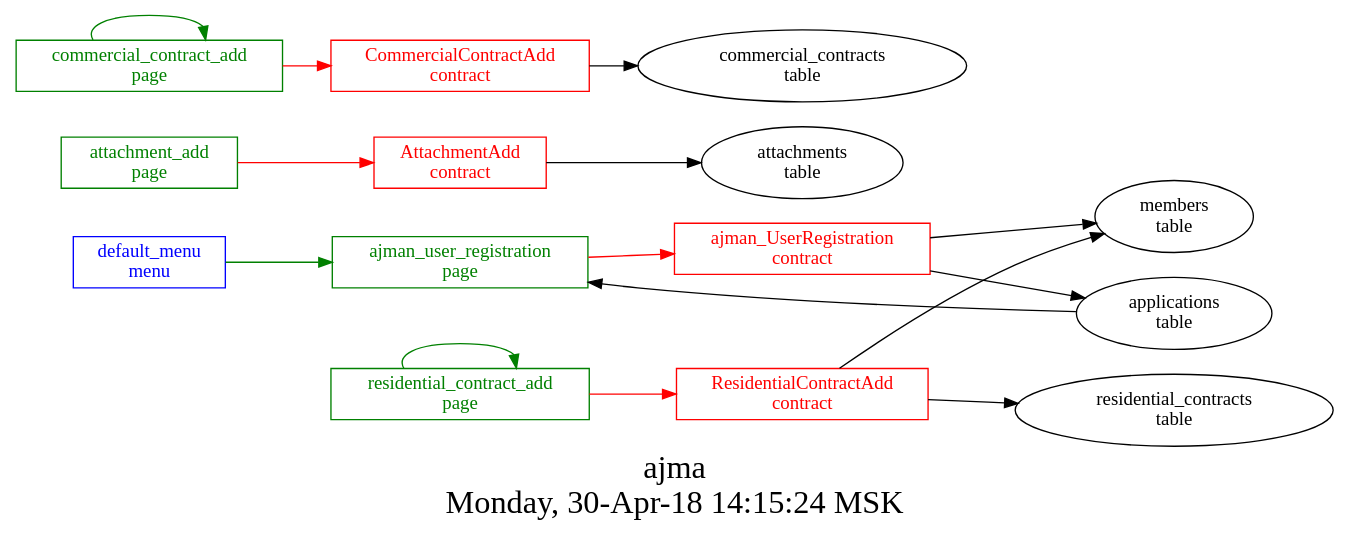
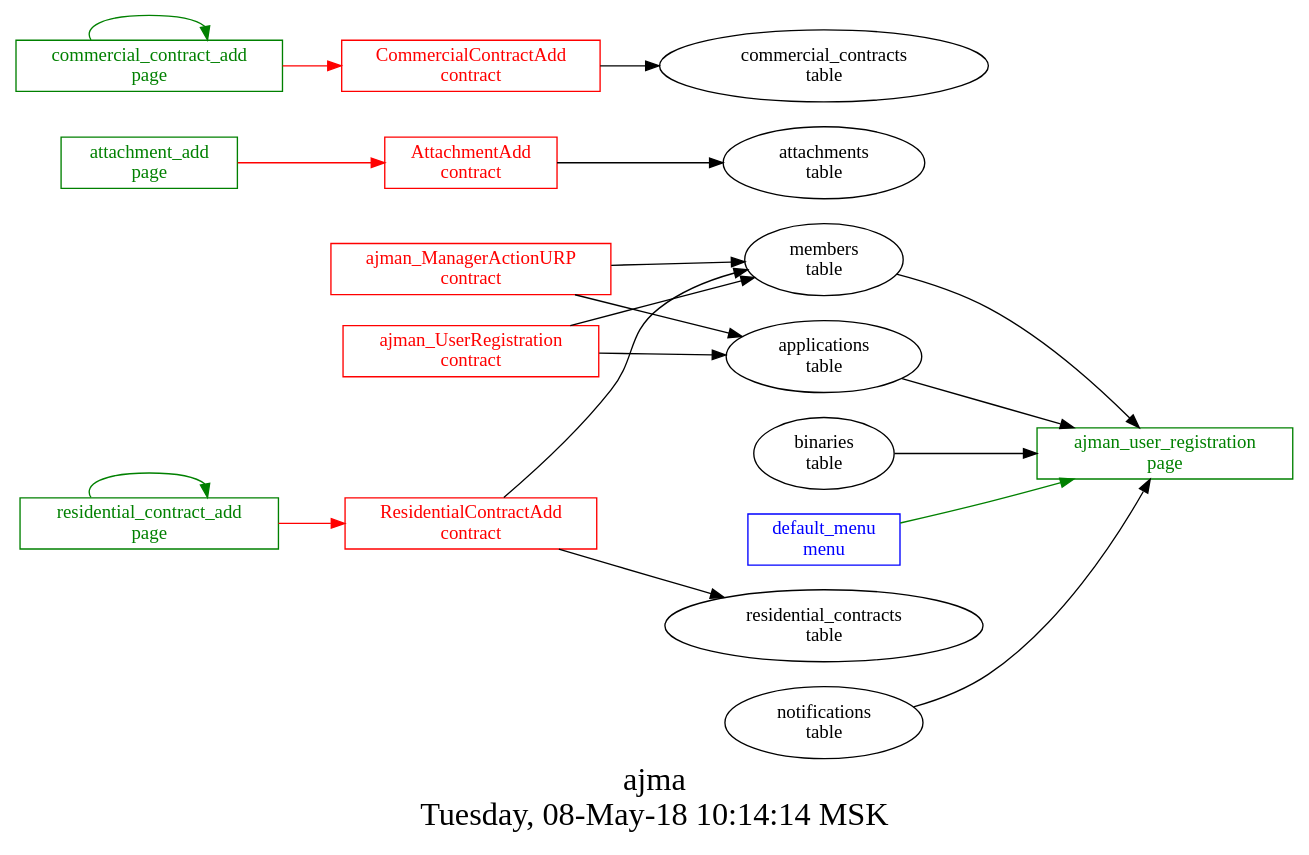
One commit to AplaProject/apps changed the diagram in src/ajman/struct.dot. Above: the diagram before and after it, drawn with Graphviz. The commit also changed 9 other files, not shown here.

```diff
--- a/src/ajman/struct.dot
+++ b/src/ajman/struct.dot
@@ -1,36 +1,41 @@
 digraph G {
 graph [
   fontsize="24";
-  label="ajma\nMonday, 30-Apr-18 14:15:24 MSK";
+  label="ajma\nTuesday, 08-May-18 10:14:14 MSK";
   nojustify=true;
   ordering=out;
   rankdir=LR;
   size="30";
 ];
 "default_menu\nmenu" -> "ajman_user_registration\npage"  [ color=green ]
 "default_menu\nmenu" [color=blue, fontcolor=blue, group=menus, shape=record];
-"ajman_user_registration\npage" -> "ajman_UserRegistration\ncontract"  [ color=red ]
 "applications\ntable" -> "ajman_user_registration\npage"  [ color="" ]
+"notifications\ntable" -> "ajman_user_registration\npage"  [ color="" ]
+"members\ntable" -> "ajman_user_registration\npage"  [ color="" ]
+"binaries\ntable" -> "ajman_user_registration\npage"  [ color="" ]
 "ajman_user_registration\npage" [color=green, fontcolor=green, group=pages, shape=record];
 "attachment_add\npage" -> "AttachmentAdd\ncontract"  [ color=red ]
 "attachment_add\npage" [color=green, fontcolor=green, group=pages, shape=record];
 "commercial_contract_add\npage" -> "CommercialContractAdd\ncontract"  [ color=red ]
 "commercial_contract_add\npage" -> "commercial_contract_add\npage"  [ color=green ]
 "commercial_contract_add\npage" [color=green, fontcolor=green, group=pages, shape=record];
 "residential_contract_add\npage" -> "ResidentialContractAdd\ncontract"  [ color=red ]
 "residential_contract_add\npage" -> "residential_contract_add\npage"  [ color=green ]
 "residential_contract_add\npage" [color=green, fontcolor=green, group=pages, shape=record];
 "AttachmentAdd\ncontract" -> "attachments\ntable"  [ color="" ]
 "AttachmentAdd\ncontract" [color=red, fontcolor=red, group=contracts, shape=record];
 "CommercialContractAdd\ncontract" -> "commercial_contracts\ntable"  [ color="" ]
 "CommercialContractAdd\ncontract" [color=red, fontcolor=red, group=contracts, shape=record];
 "ResidentialContractAdd\ncontract" -> "members\ntable"  [ color="" ]
 "ResidentialContractAdd\ncontract" -> "residential_contracts\ntable"  [ color="" ]
 "ResidentialContractAdd\ncontract" [color=red, fontcolor=red, group=contracts, shape=record];
+"ajman_ManagerActionURP\ncontract" -> "applications\ntable"  [ color="" ]
+"ajman_ManagerActionURP\ncontract" -> "members\ntable"  [ color="" ]
+"ajman_ManagerActionURP\ncontract" [color=red, fontcolor=red, group=contracts, shape=record];
 "ajman_UserRegistration\ncontract" -> "members\ntable"  [ color="" ]
 "ajman_UserRegistration\ncontract" -> "applications\ntable"  [ color="" ]
 "ajman_UserRegistration\ncontract" [color=red, fontcolor=red, group=contracts, shape=record];
 "attachments\ntable" [color="", fontcolor="", group=tables, shape=""];
 "commercial_contracts\ntable" [color="", fontcolor="", group=tables, shape=""];
 "residential_contracts\ntable" [color="", fontcolor="", group=tables, shape=""];
 }
```
